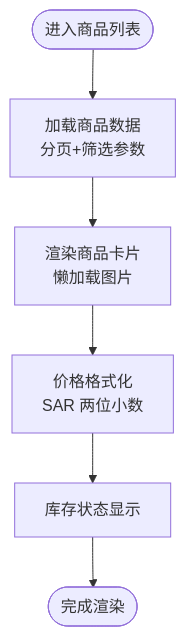
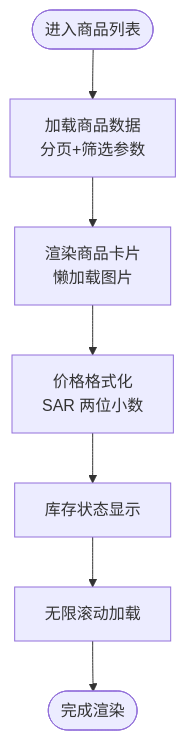
Before and after one commit to three3638-arch/celestia_2b: the fourth of 8 diagrams in .qoder/repowiki/zh/content/前台商店系统/商品展示系统/商品展示系统.md, drawn with Mermaid. The commit also changed other lines of this file and 25 other files, not shown here.

````diff
--- a/.qoder/repowiki/zh/content/前台商店系统/商品展示系统/商品展示系统.md
+++ b/.qoder/repowiki/zh/content/前台商店系统/商品展示系统/商品展示系统.md
@@ -222,8 +259,9 @@
 ```mermaid
 flowchart TD
 Start(["进入商品列表"]) --> Load["加载商品数据<br/>分页+筛选参数"]
 Load --> Render["渲染商品卡片<br/>懒加载图片"]
 Render --> PriceFmt["价格格式化<br/>SAR 两位小数"]
 PriceFmt --> Status["库存状态显示"]
-Status --> End(["完成渲染"])
+Status --> Infinite["无限滚动加载"]
+Infinite --> End(["完成渲染"])
 ```
````
